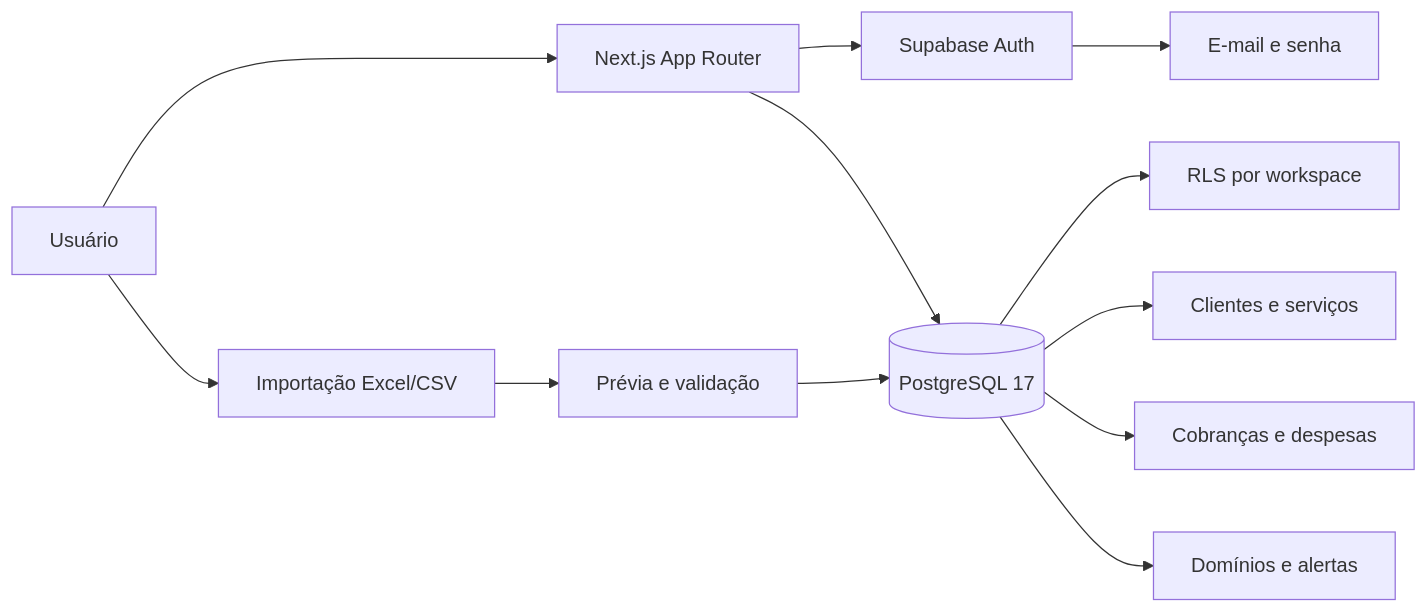
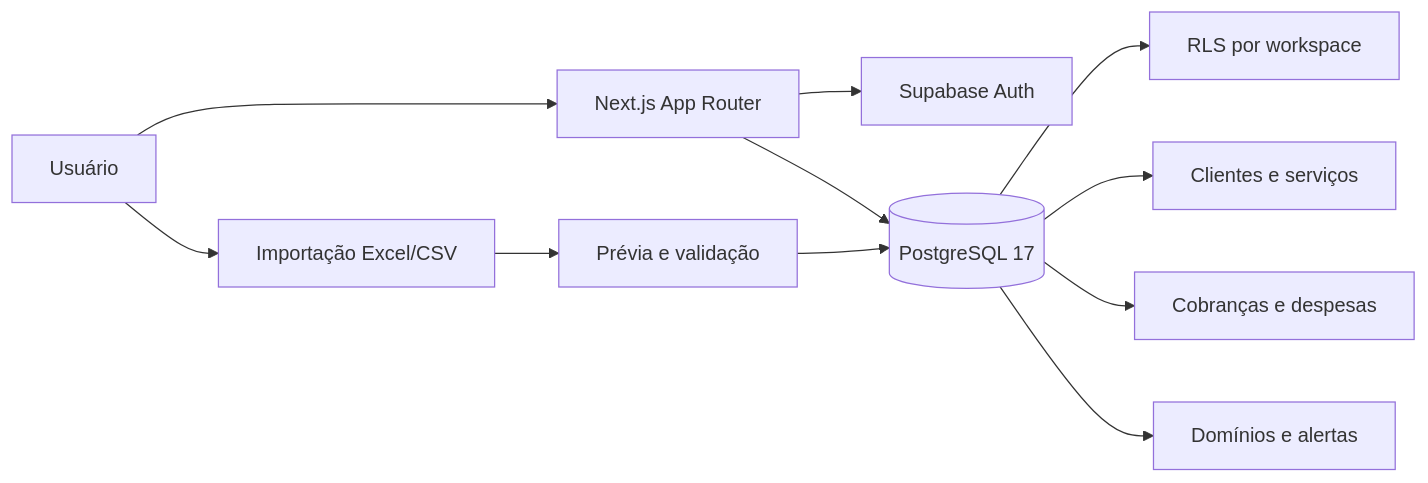
Before and after one commit to RDEsley/Fate-Light: the second of 2 diagrams in README.md, drawn with Mermaid. The commit also changed other lines of this file, not shown here.

````diff
--- a/README.md
+++ b/README.md
@@ -179,14 +235,13 @@
 ```mermaid
 flowchart LR
     U[Usuário] --> N[Next.js App Router]
     N --> A[Supabase Auth]
     N --> D[(PostgreSQL 17)]
-    A --> M[E-mail e senha]
     D --> R[RLS por workspace]
     D --> F[Clientes e serviços]
     D --> C[Cobranças e despesas]
     D --> O[Domínios e alertas]
     U --> I[Importação Excel/CSV]
     I --> V[Prévia e validação]
     V --> D
 ```
````
